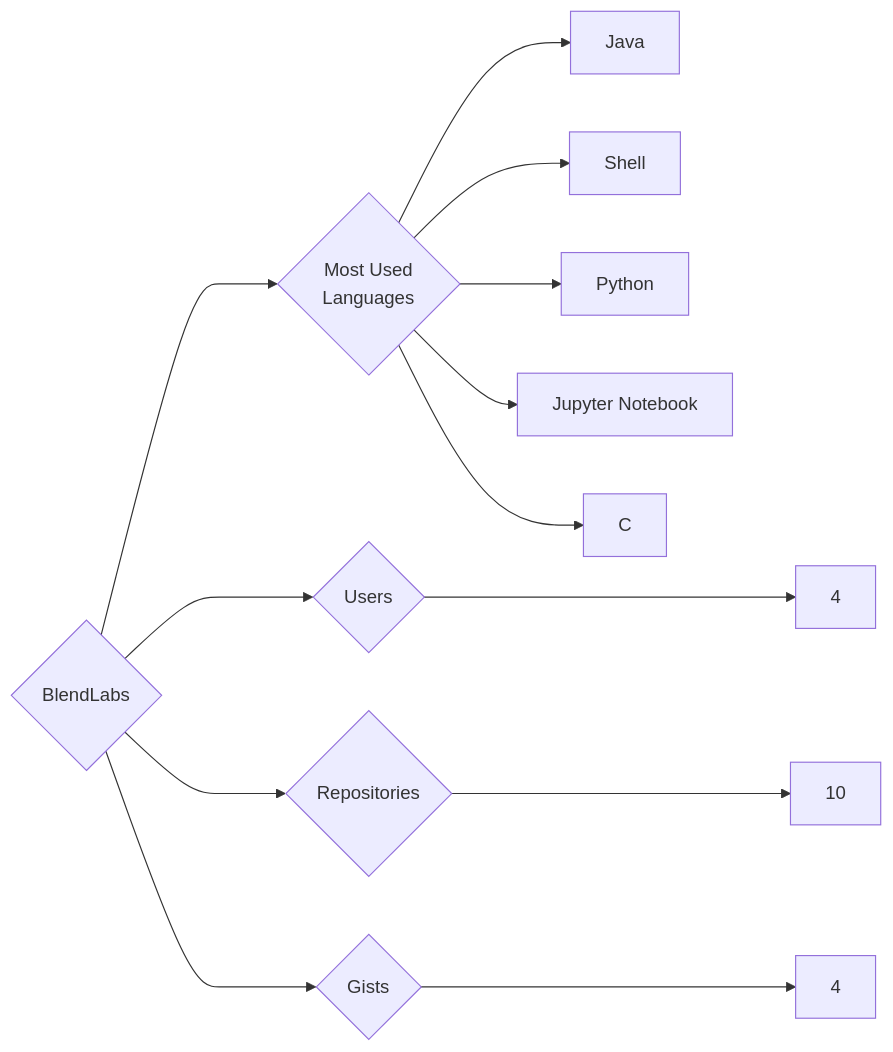
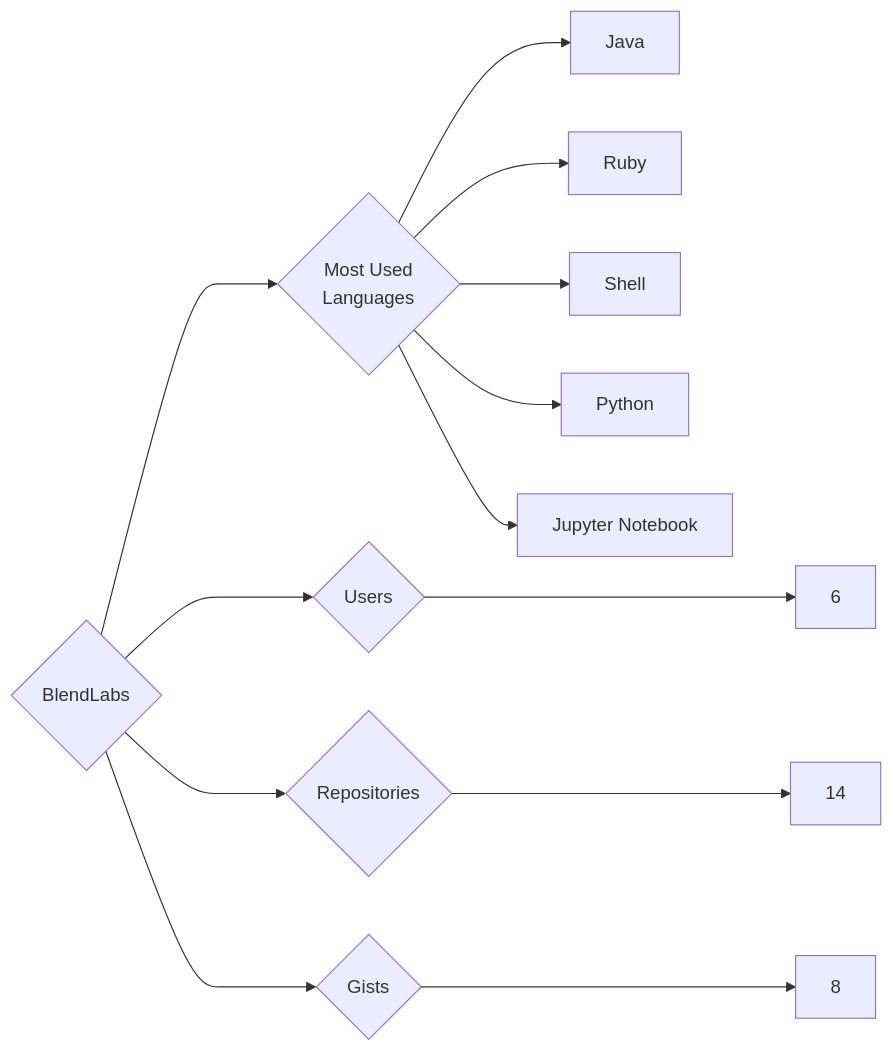
Before and after one commit to trickest/insiders: the diagram in targets/BlendLabs/README.md, drawn with Mermaid. The commit also changed 840 other files, not shown here.

````diff
--- a/targets/BlendLabs/README.md
+++ b/targets/BlendLabs/README.md
@@ -3,13 +3,13 @@
 ```mermaid
 graph LR
 COMPANY_NAME{BlendLabs}
-COMPANY_NAME ---> U{Users} ---> UN[4]
-COMPANY_NAME ---> R{Repositories} ---> RN[10]
-COMPANY_NAME ---> G{Gists} ---> GN[4]
+COMPANY_NAME ---> U{Users} ---> UN[6]
+COMPANY_NAME ---> R{Repositories} ---> RN[14]
+COMPANY_NAME ---> G{Gists} ---> GN[8]
 COMPANY_NAME ---> ML{Most Used<br>Languages}
 ML --> Java[Java]
+ML --> Ruby[Ruby]
 ML --> Shell[Shell]
 ML --> Python[Python]
 ML --> Jupyter_Notebook[Jupyter Notebook]
-ML --> C[C]
 ```
````
